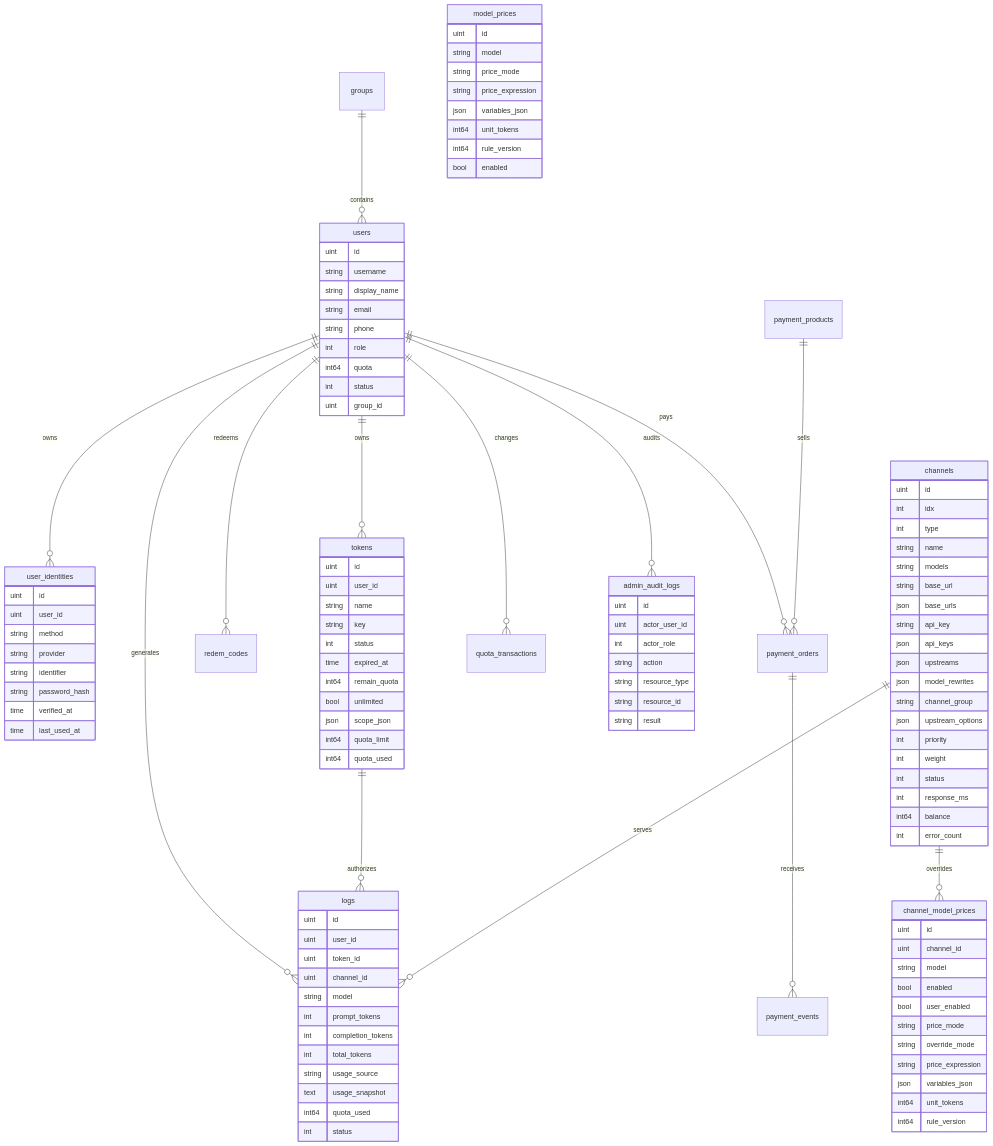
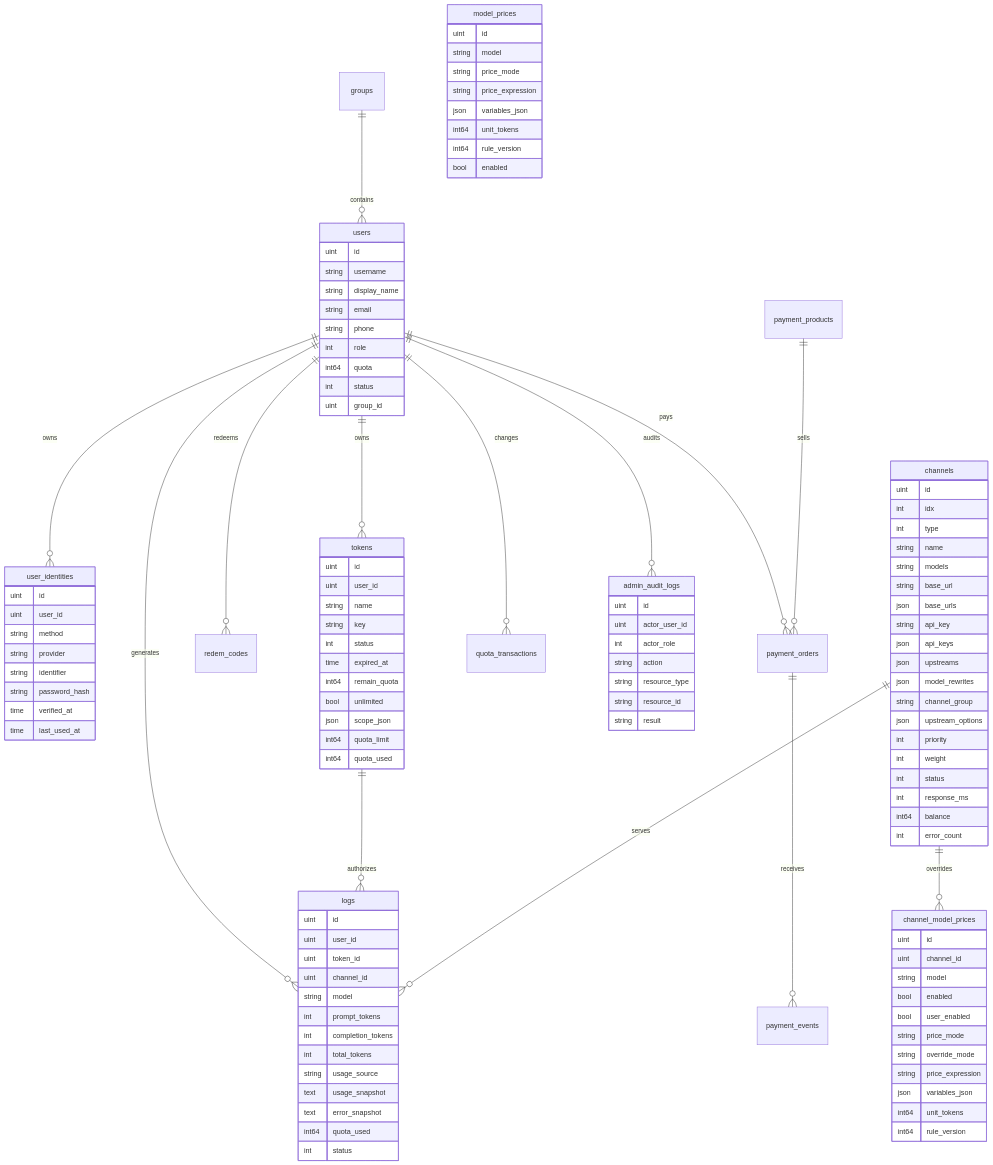
Before and after one commit to jellyfish-p/RouterX: the diagram in docs/DATA_MODEL.md, drawn with Mermaid. The commit also changed other lines of this file and 12 other files, not shown here.

```diff
--- a/docs/DATA_MODEL.md
+++ b/docs/DATA_MODEL.md
@@ -102,6 +102,7 @@
         int total_tokens
         string usage_source
         text usage_snapshot
+        text error_snapshot
         int64 quota_used
         int status
     }
```
